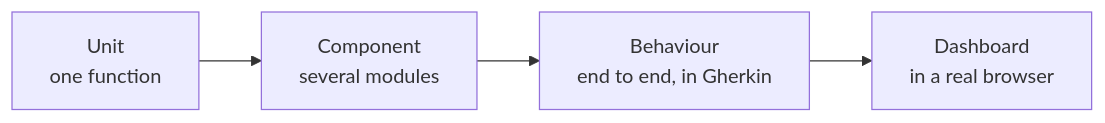
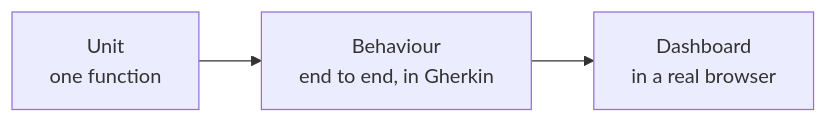
One commit to affinidi-ai/agent-gateway changed the second of 2 diagrams in docs/development/DEVELOPMENT.md. Above: the diagram before and after it, drawn with Mermaid. The commit also changed other lines of this file and 5 other files, not shown here.

First line of the commit message:
docs: freeze component tests and make Gherkin the acceptance layer

````diff
--- a/docs/development/DEVELOPMENT.md
+++ b/docs/development/DEVELOPMENT.md
@@ -261,4 +261,4 @@
 ```mermaid
 flowchart LR
-    U["Unit<br/>one function"] --> C["Component<br/>several modules"] --> B["Behaviour<br/>end to end, in Gherkin"] --> D["Dashboard<br/>in a real browser"]
+    U["Unit<br/>one function"] --> B["Behaviour<br/>end to end, in Gherkin"] --> D["Dashboard<br/>in a real browser"]
 ```
````
